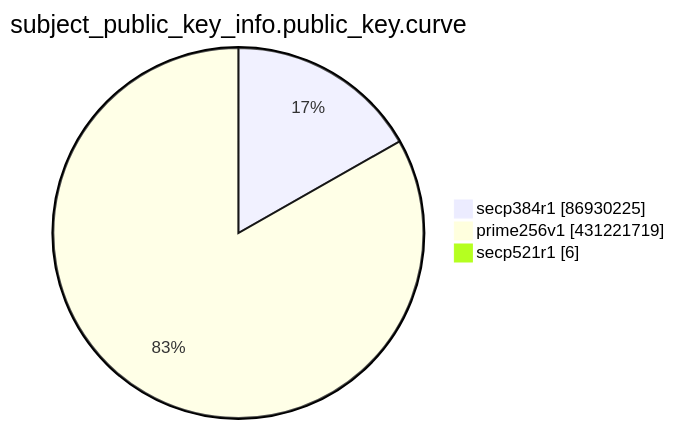
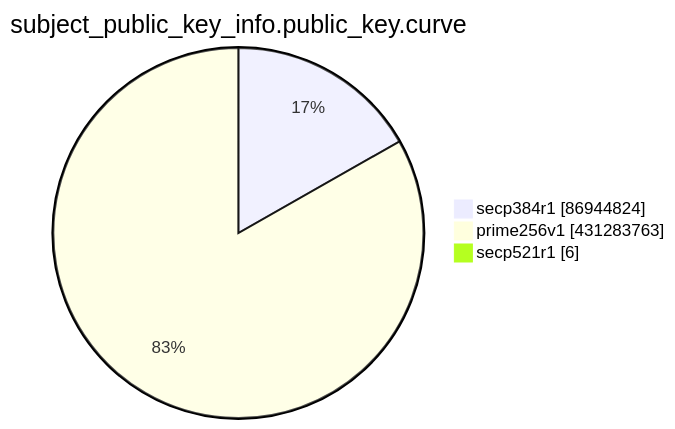
One commit to christiankrug/ctmonitor_visualization changed the eighth of 15 diagrams in TOTAL/README.md. Above: the diagram before and after it, drawn with Mermaid. The commit also changed other lines of this file, not shown here.

````diff
--- a/TOTAL/README.md
+++ b/TOTAL/README.md
@@ -3100,7 +3100,7 @@
 ```mermaid
 pie showData
 title subject_public_key_info.public_key.curve
-"secp384r1" :86930225
-"prime256v1" :431221719
+"secp384r1" :86944824
+"prime256v1" :431283763
 "secp521r1" :6
 ```
````
